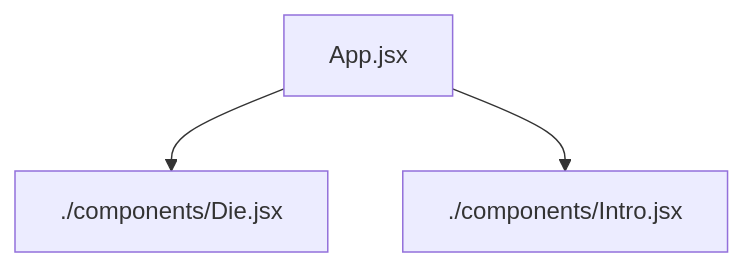
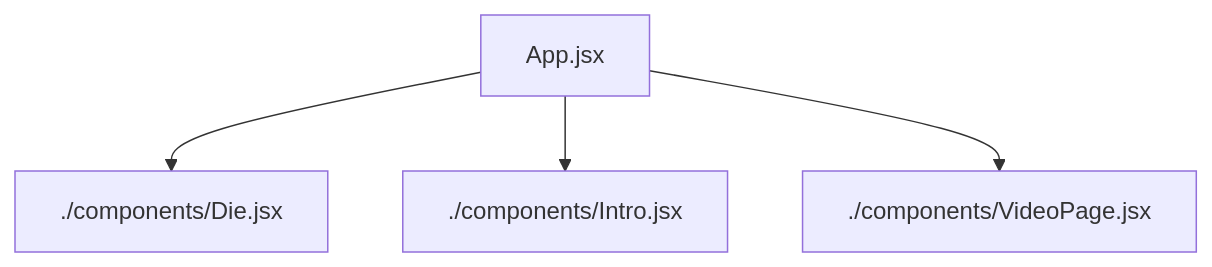
The diagram in README.md (AbiDev2003/React_Project_TenziesGame), drawn with Mermaid before and after one commit. The commit also changed other lines of this file, not shown here.

````diff
--- a/README.md
+++ b/README.md
@@ -44,6 +49,8 @@
 ```mermaid
     graph TD
     App.jsx
     App.jsx --> ./components/Die.jsx
     App.jsx --> ./components/Intro.jsx
+    App.jsx --> ./components/VideoPage.jsx
+
 ```
````
